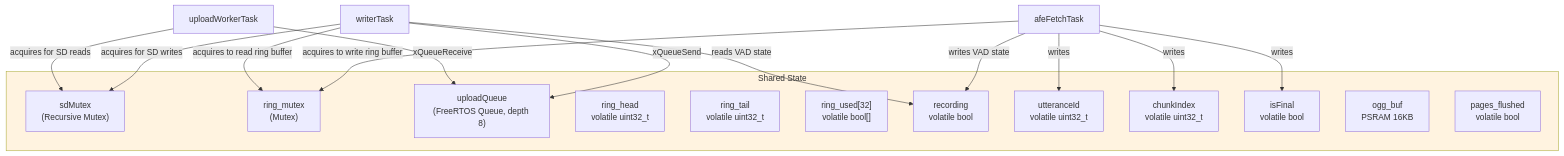
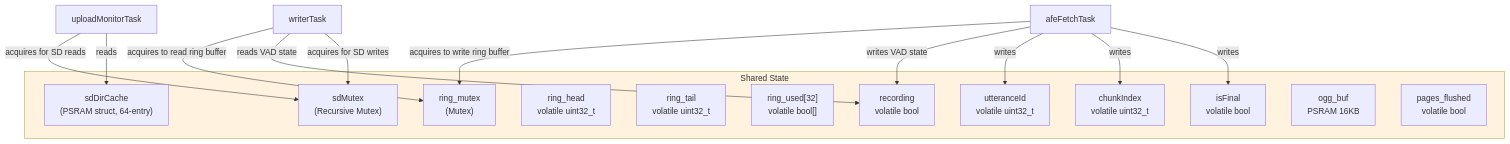
One commit to dlgreenwald/lifelog changed the third of 6 diagrams in firmware-ota/ARCHITECTURE.md. Above: the diagram before and after it, drawn with Mermaid. The commit also changed other lines of this file and 17 other files, not shown here.

First line of the commit message:
feat(firmware): AGC 45dB ceiling + 20dB seed, async upload task, Opus stream reinit, OAuth retry, token sanity (#116)

````diff
--- a/firmware-ota/ARCHITECTURE.md
+++ b/firmware-ota/ARCHITECTURE.md
@@ -153,37 +175,36 @@
 ```mermaid
 graph TB
     subgraph SharedState["Shared State"]
         sd_mutex["sdMutex<br/>(Recursive Mutex)"]
         ring_mutex["ring_mutex<br/>(Mutex)"]
-        upload_q["uploadQueue<br/>(FreeRTOS Queue, depth 8)"]
+        cache["sdDirCache<br/>(PSRAM struct, 64-entry)"]
         head["ring_head<br/>volatile uint32_t"]
         tail["ring_tail<br/>volatile uint32_t"]
         used["ring_used[32]<br/>volatile bool[]"]
         recording["recording<br/>volatile bool"]
         utt_id["utteranceId<br/>volatile uint32_t"]
         chunk_idx["chunkIndex<br/>volatile uint32_t"]
         is_final["isFinal<br/>volatile bool"]
         ogg_buf["ogg_buf<br/>PSRAM 16KB"]
         flushed["pages_flushed<br/>volatile bool"]
     end
 
     fetch["afeFetchTask"]
     writer["writerTask"]
-    uploader["uploadWorkerTask"]
+    mon["uploadMonitorTask"]
 
     fetch -->|"acquires to write ring buffer"| ring_mutex
     fetch -->|"writes VAD state"| recording
     fetch -->|"writes"| utt_id
     fetch -->|"writes"| chunk_idx
     fetch -->|"writes"| is_final
 
     writer -->|"acquires to read ring buffer"| ring_mutex
     writer -->|"reads VAD state"| recording
     writer -->|"acquires for SD writes"| sd_mutex
-    writer -->|"xQueueSend"| upload_q
 
-    uploader -->|"acquires for SD reads"| sd_mutex
-    uploader -->|"xQueueReceive"| upload_q
+    mon -->|"acquires for SD reads"| sd_mutex
+    mon -->|"reads"| cache
 
     style SharedState fill:#fff3e0
 ```
````
